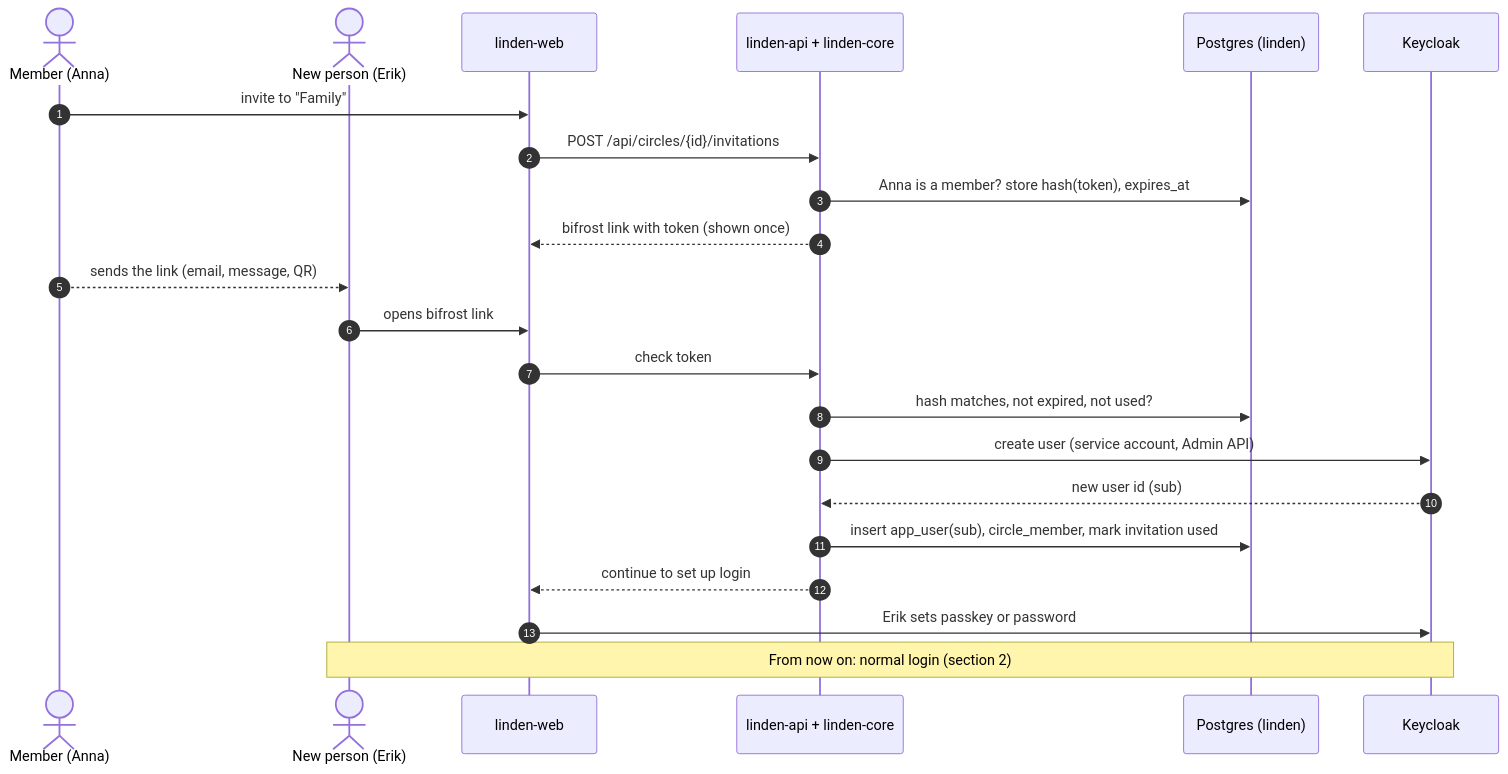
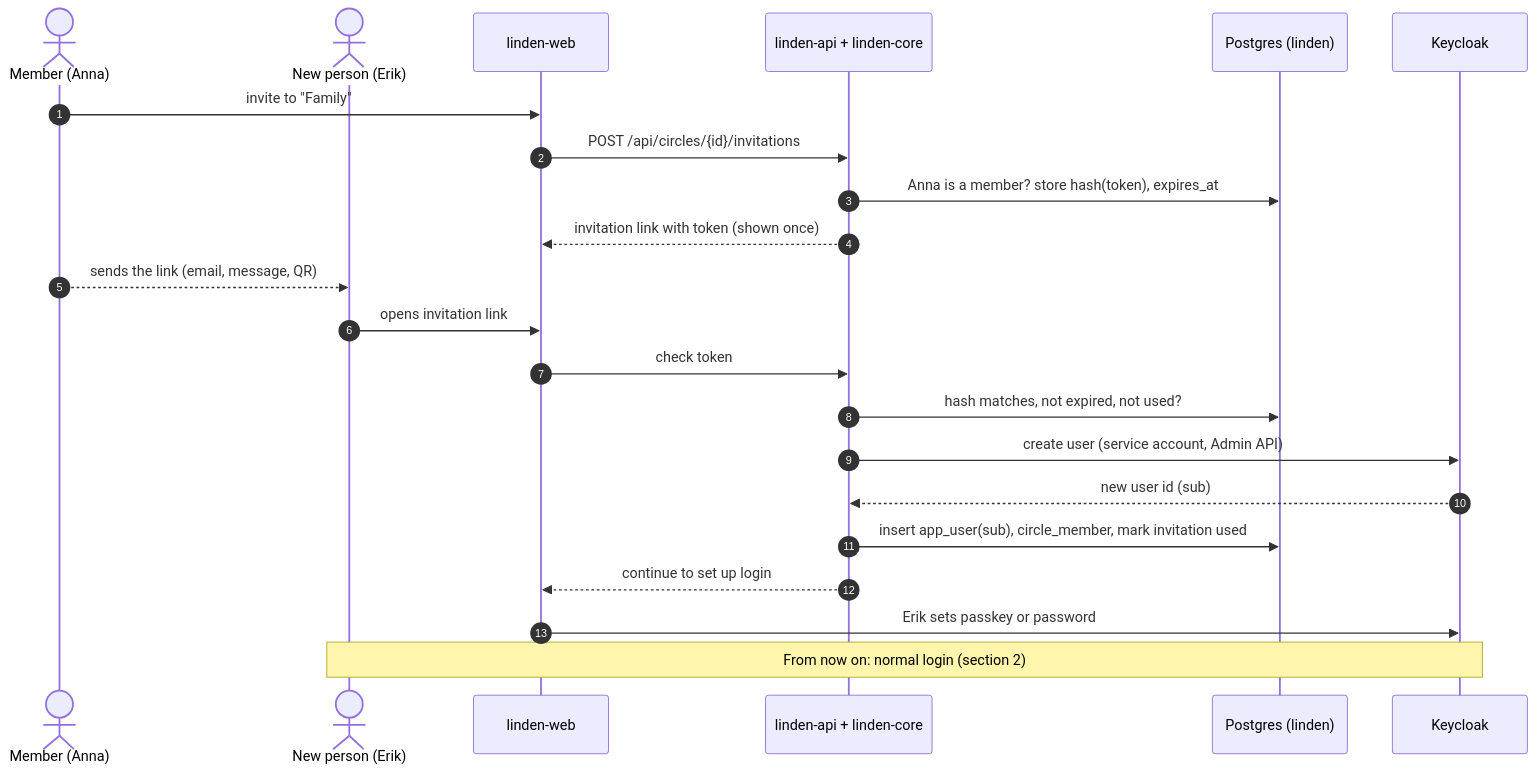
Before and after one commit to projectlinden/linden: the fifth of 5 diagrams in docs/architecture/auth-flow.md, drawn with Mermaid. The commit also changed other lines of this file and 5 other files, not shown here.

````diff
--- a/docs/architecture/auth-flow.md
+++ b/docs/architecture/auth-flow.md
@@ -185,26 +185,26 @@
 ```mermaid
 sequenceDiagram
     autonumber
     actor M as Member (Anna)
     actor N as New person (Erik)
     participant W as linden-web
     participant A as linden-api + linden-core
     participant P as Postgres (linden)
     participant K as Keycloak
 
     M->>W: invite to "Family"
     W->>A: POST /api/circles/{id}/invitations
     A->>P: Anna is a member? store hash(token), expires_at
-    A-->>W: bifrost link with token (shown once)
+    A-->>W: invitation link with token (shown once)
     M-->>N: sends the link (email, message, QR)
 
-    N->>W: opens bifrost link
+    N->>W: opens invitation link
     W->>A: check token
     A->>P: hash matches, not expired, not used?
     A->>K: create user (service account, Admin API)
     K-->>A: new user id (sub)
     A->>P: insert app_user(sub), circle_member, mark invitation used
     A-->>W: continue to set up login
     W->>K: Erik sets passkey or password
     Note over N,K: From now on: normal login (section 2)
 ```
````
